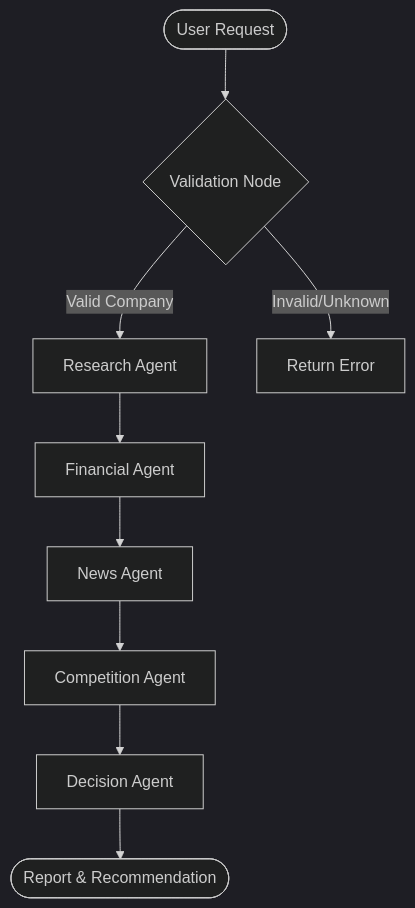
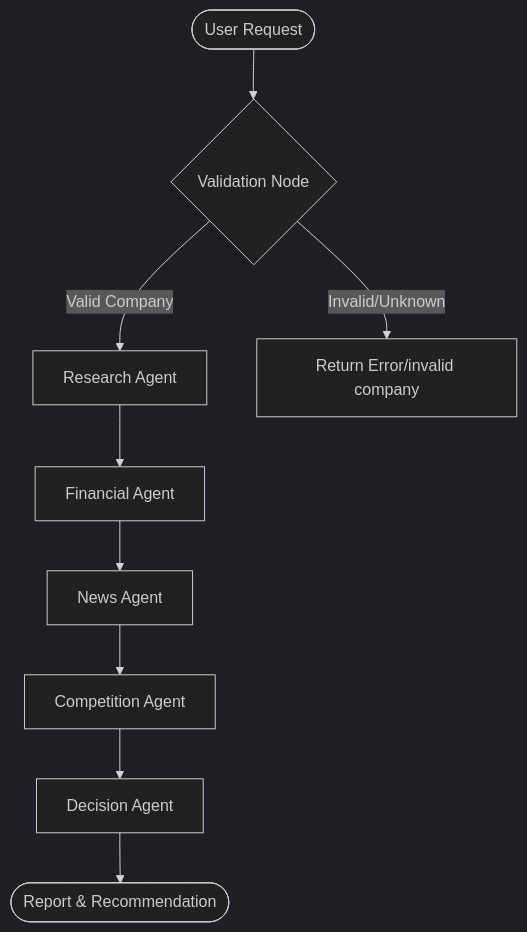
The diagram in README.md (abhishek14311431/AI-Product-Development-Engineer-intern-assignment), drawn with Mermaid (dark theme) before and after one commit.

````diff
--- a/README.md
+++ b/README.md
@@ -83,11 +83,11 @@
 ```mermaid
 flowchart TD
     Start([User Request]) --> Validate{Validation Node}
     Validate -- Valid Company --> A[Research Agent]
-    Validate -- Invalid/Unknown --> Fail[Return Error]
+    Validate -- Invalid/Unknown --> Fail[Return Error/invalid company ]
     A --> B[Financial Agent]
     B --> C[News Agent]
     C --> D[Competition Agent]
     D --> E[Decision Agent]
     E --> End([Report & Recommendation])
 ```
````
